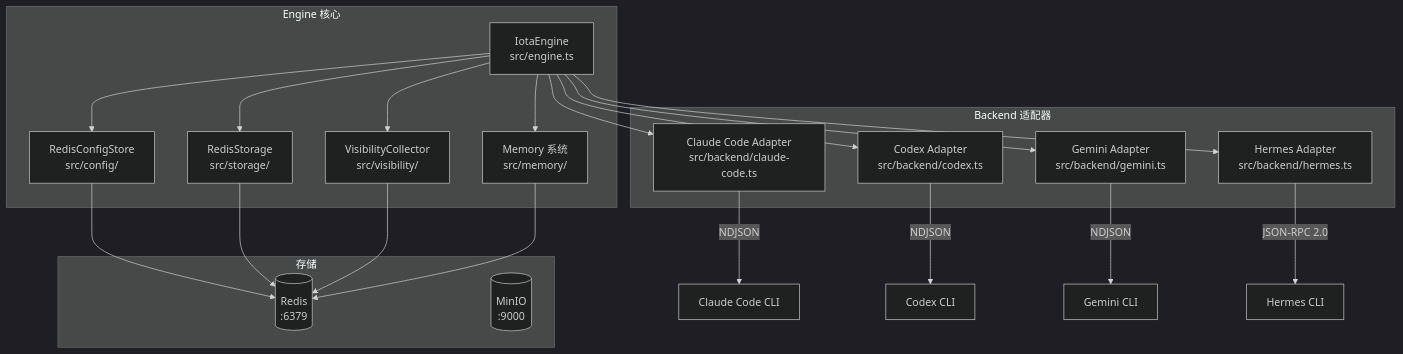
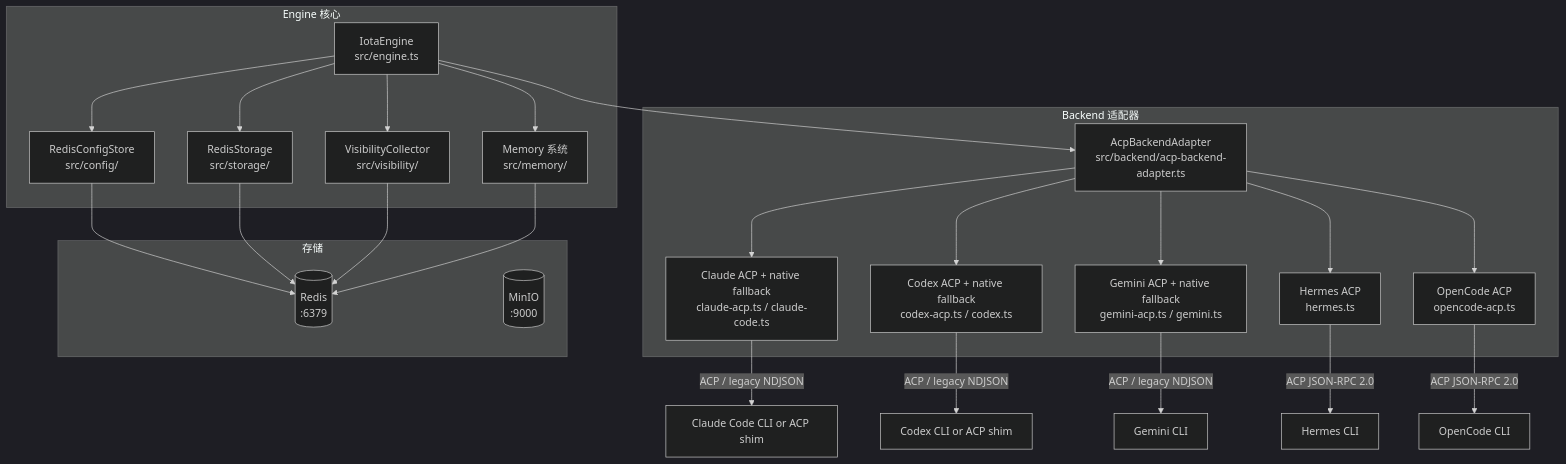
Before and after one commit to feuyeux/iota: the first of 2 diagrams in docs/guides/06-engine-guide.md, drawn with Mermaid (dark theme). The commit also changed other lines of this file and 52 other files, not shown here.

````diff
--- a/docs/guides/06-engine-guide.md
+++ b/docs/guides/06-engine-guide.md
@@ -50,39 +50,44 @@
 ```mermaid
 graph TB
     subgraph "Engine 核心"
         Engine[IotaEngine<br/>src/engine.ts]
         ConfigStore[RedisConfigStore<br/>src/config/]
         Storage[RedisStorage<br/>src/storage/]
         Visibility[VisibilityCollector<br/>src/visibility/]
         Memory[Memory 系统<br/>src/memory/]
     end
 
     subgraph "Backend 适配器"
-        ClaudeAdapter[Claude Code Adapter<br/>src/backend/claude-code.ts]
-        CodexAdapter[Codex Adapter<br/>src/backend/codex.ts]
-        GeminiAdapter[Gemini Adapter<br/>src/backend/gemini.ts]
-        HermesAdapter[Hermes Adapter<br/>src/backend/hermes.ts]
+        AcpBase[AcpBackendAdapter<br/>src/backend/acp-backend-adapter.ts]
+        ClaudeAdapter[Claude ACP + native fallback<br/>claude-acp.ts / claude-code.ts]
+        CodexAdapter[Codex ACP + native fallback<br/>codex-acp.ts / codex.ts]
+        GeminiAdapter[Gemini ACP + native fallback<br/>gemini-acp.ts / gemini.ts]
+        HermesAdapter[Hermes ACP<br/>hermes.ts]
+        OpenCodeAdapter[OpenCode ACP<br/>opencode-acp.ts]
     end
 
     subgraph "存储"
         Redis[(Redis<br/>:6379)]
         MinIO[(MinIO<br/>:9000)]
     end
 
     Engine --> ConfigStore
     Engine --> Storage
     Engine --> Visibility
     Engine --> Memory
-    Engine --> ClaudeAdapter
-    Engine --> CodexAdapter
-    Engine --> GeminiAdapter
-    Engine --> HermesAdapter
+    Engine --> AcpBase
+    AcpBase --> ClaudeAdapter
+    AcpBase --> CodexAdapter
+    AcpBase --> GeminiAdapter
+    AcpBase --> HermesAdapter
+    AcpBase --> OpenCodeAdapter
     ConfigStore --> Redis
     Storage --> Redis
     Visibility --> Redis
     Memory --> Redis
-    ClaudeAdapter -->|NDJSON| Claude[Claude Code CLI]
-    CodexAdapter -->|NDJSON| Codex[Codex CLI]
-    GeminiAdapter -->|NDJSON| Gemini[Gemini CLI]
-    HermesAdapter -->|JSON-RPC 2.0| Hermes[Hermes CLI]
+    ClaudeAdapter -->|ACP / legacy NDJSON| Claude[Claude Code CLI or ACP shim]
+    CodexAdapter -->|ACP / legacy NDJSON| Codex[Codex CLI or ACP shim]
+    GeminiAdapter -->|ACP / legacy NDJSON| Gemini[Gemini CLI]
+    HermesAdapter -->|ACP JSON-RPC 2.0| Hermes[Hermes CLI]
+    OpenCodeAdapter -->|ACP JSON-RPC 2.0| OpenCode[OpenCode CLI]
 ```
````
